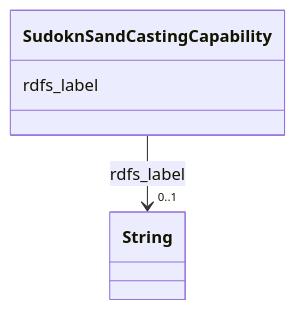
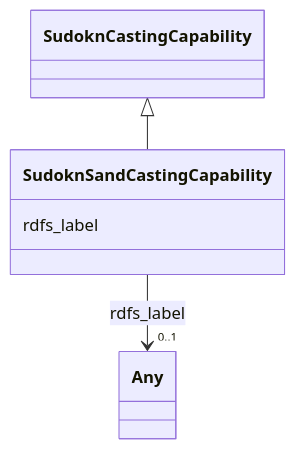
The diagram in sudokn-kg/classes/SudoknSandCastingCapability.md (frink-okn/graph-descriptions), drawn with Mermaid before and after one commit. The commit also changed other lines of this file and 903 other files, not shown here.

````diff
--- a/sudokn-kg/classes/SudoknSandCastingCapability.md
+++ b/sudokn-kg/classes/SudoknSandCastingCapability.md
@@ -23,15 +18,18 @@
 ```mermaid
  classDiagram
     class SudoknSandCastingCapability
     click SudoknSandCastingCapability href "../SudoknSandCastingCapability"
+      SudoknCastingCapability <|-- SudoknSandCastingCapability
+        click SudoknCastingCapability href "../SudoknCastingCapability"
+      
       SudoknSandCastingCapability : rdfs_label
         
           
     
     
-    SudoknSandCastingCapability --> "0..1" String : rdfs_label
-    click String href "../String"
+    SudoknSandCastingCapability --> "0..1" Any : rdfs_label
+    click Any href "../Any"
 
         
       
 ```
````
